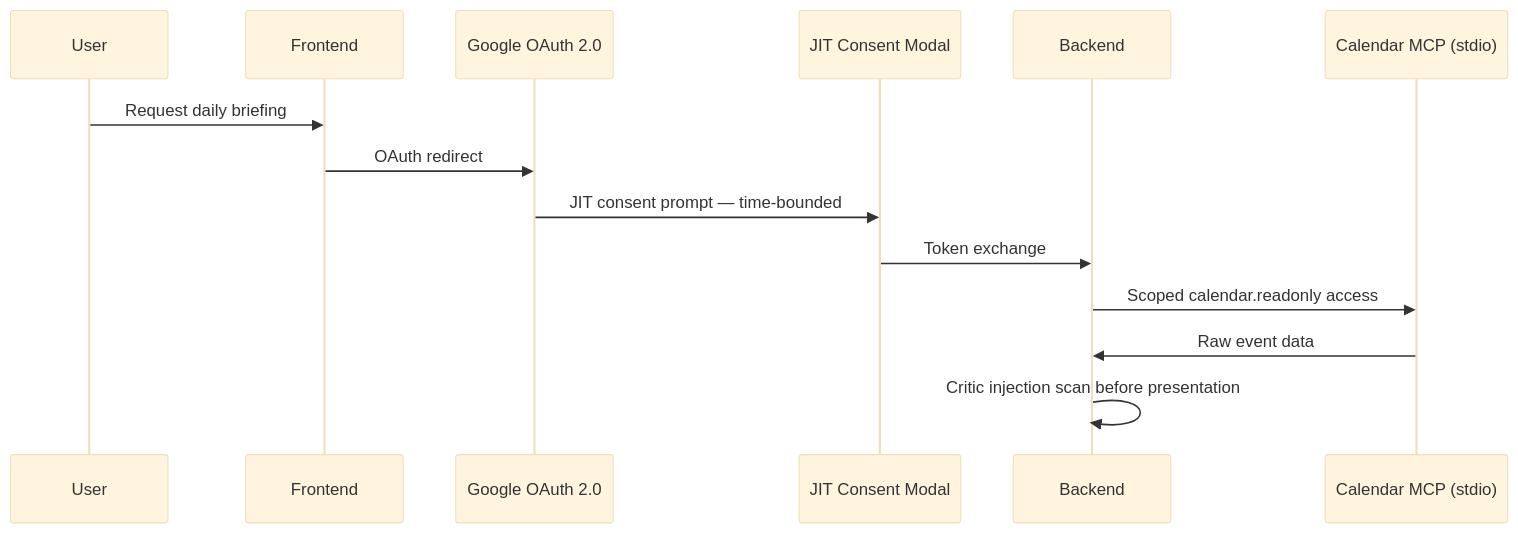
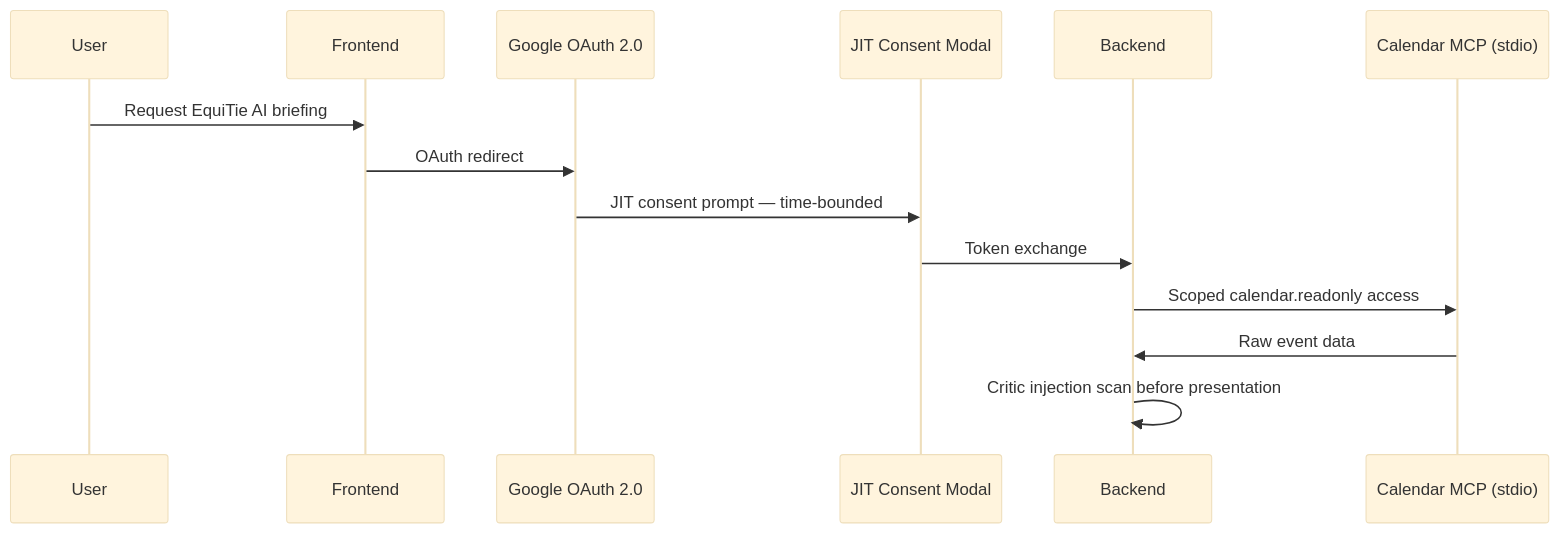
One commit to qasirdev/python-equitie changed the third of 3 diagrams in docs/SECURITY.md. Above: the diagram before and after it, drawn with Mermaid (base theme). The commit also changed other lines of this file and 8 other files, not shown here.

````diff
--- a/docs/SECURITY.md
+++ b/docs/SECURITY.md
@@ -521,17 +521,17 @@
 ```mermaid
 sequenceDiagram
     participant User
     participant Frontend
     participant Google as Google OAuth 2.0
     participant Consent as JIT Consent Modal
     participant Backend
     participant MCP as Calendar MCP (stdio)
 
-    User->>Frontend: Request daily briefing
+    User->>Frontend: Request EquiTie AI briefing
     Frontend->>Google: OAuth redirect
     Google->>Consent: JIT consent prompt — time-bounded
     Consent->>Backend: Token exchange
     Backend->>MCP: Scoped calendar.readonly access
     MCP->>Backend: Raw event data
     Backend->>Backend: Critic injection scan before presentation
 ```
````
